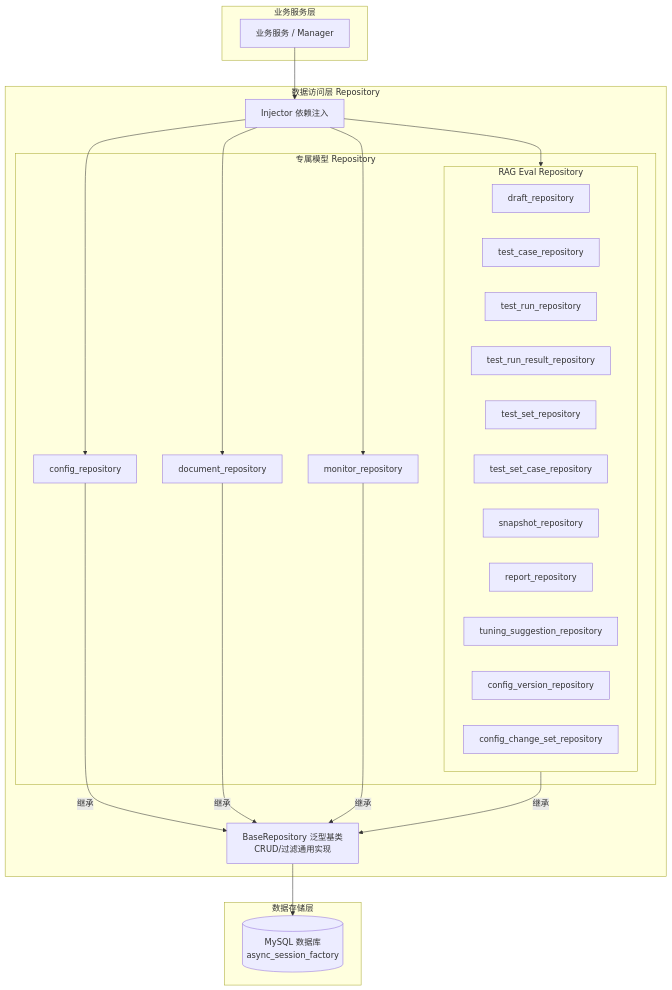
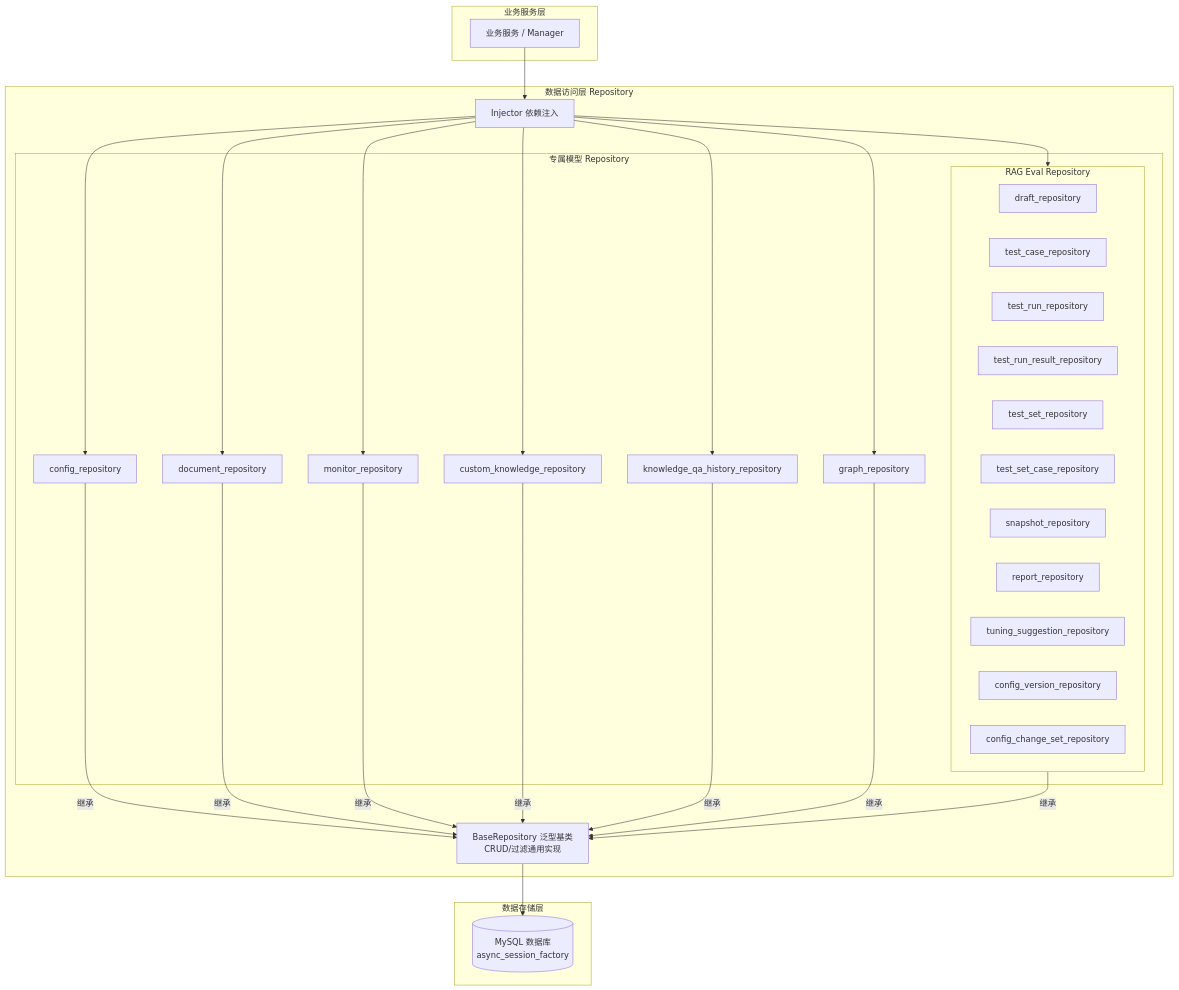
One commit to OWEN-DK/child-development-assessment-agent changed the third of 5 diagrams in .ai/infrastructure.md. Above: the diagram before and after it, drawn with Mermaid. The commit also changed other lines of this file and 4 other files, not shown here.

````diff
--- a/.ai/infrastructure.md
+++ b/.ai/infrastructure.md
@@ -239,44 +279,53 @@
 ```mermaid
 graph TB
     subgraph ServiceLayer [业务服务层]
         Service[业务服务 / Manager]
     end
     subgraph RepositoryLayer [数据访问层 Repository]
         DI[Injector 依赖注入]
         Base[BaseRepository 泛型基类<br/>CRUD/过滤通用实现]
         subgraph SpecificRepo [专属模型 Repository]
             ConfigRepo[config_repository]
             DocRepo[document_repository]
             MonitorRepo[monitor_repository]
+            CustomKnowledgeRepo[custom_knowledge_repository]
+            KnowledgeQAHistoryRepo[knowledge_qa_history_repository]
+            GraphRepo[graph_repository]
             subgraph RagEvalRepo [RAG Eval Repository]
                 DraftRepo[draft_repository]
                 CaseRepo[test_case_repository]
                 RunRepo[test_run_repository]
                 RunResultRepo[test_run_result_repository]
                 SetRepo[test_set_repository]
                 SetCaseRepo[test_set_case_repository]
                 SnapshotRepo[snapshot_repository]
                 ReportRepo[report_repository]
                 TuningRepo[tuning_suggestion_repository]
                 EvalConfigRepo[config_version_repository]
                 ChangeSetRepo[config_change_set_repository]
             end
         end
     end
     subgraph StorageLayer [数据存储层]
         DB[(MySQL 数据库<br/>async_session_factory)]
     end
     
     Service --> DI
     DI --> ConfigRepo
     DI --> DocRepo
     DI --> MonitorRepo
+    DI --> CustomKnowledgeRepo
+    DI --> KnowledgeQAHistoryRepo
+    DI --> GraphRepo
     DI --> RagEvalRepo
     
     ConfigRepo --继承--> Base
     DocRepo --继承--> Base
     MonitorRepo --继承--> Base
+    CustomKnowledgeRepo --继承--> Base
+    KnowledgeQAHistoryRepo --继承--> Base
+    GraphRepo --继承--> Base
     RagEvalRepo --继承--> Base
     
     Base --> DB
 ```
````
